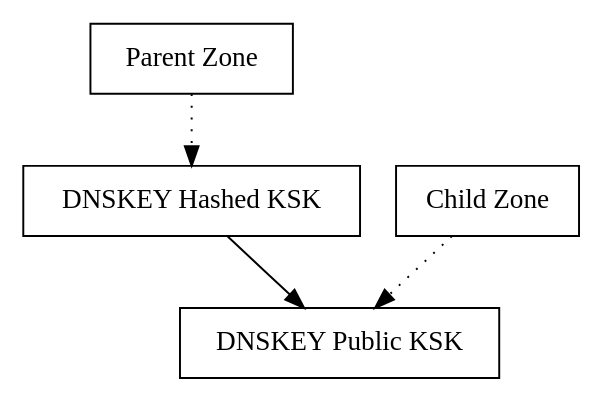
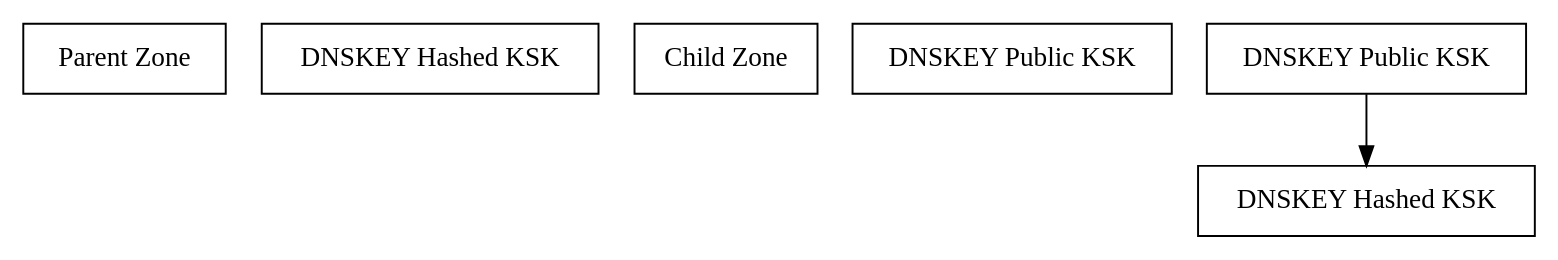
The diagram in pic/ds.gv (omussell/homelab), drawn with Graphviz before and after one commit. The commit also changed 1 other file, not shown here.

```diff
--- a/pic/ds.gv
+++ b/pic/ds.gv
@@ -1,14 +1,15 @@
 digraph structs {
 node [shape=record];
-	struct1 [shape=record, label="Parent Zone"];
-	struct2 [shape=record, label="Child Zone"];
+#	struct1 [shape=record, label="Parent Zone"];
+#	struct2 [shape=record, label="Child Zone"];
+
+rank = same; "Parent Zone"; "DNSKEY Hashed KSK";
+rank = same; "Child Zone"; "DNSKEY Public KSK";
 
 	struct3 [shape=record, label="DNSKEY Hashed KSK"];
 	struct4 [shape=record, label="DNSKEY Public KSK"];
 
-
-
-	struct1 -> struct3 [style=dotted];
-	struct2 -> struct4 [style=dotted];
-	struct3 -> struct4;
+#	struct1 -> struct3 [style=dotted];
+#	struct2 -> struct4 [style=dotted];
+	struct4 -> struct3;
 }
```
